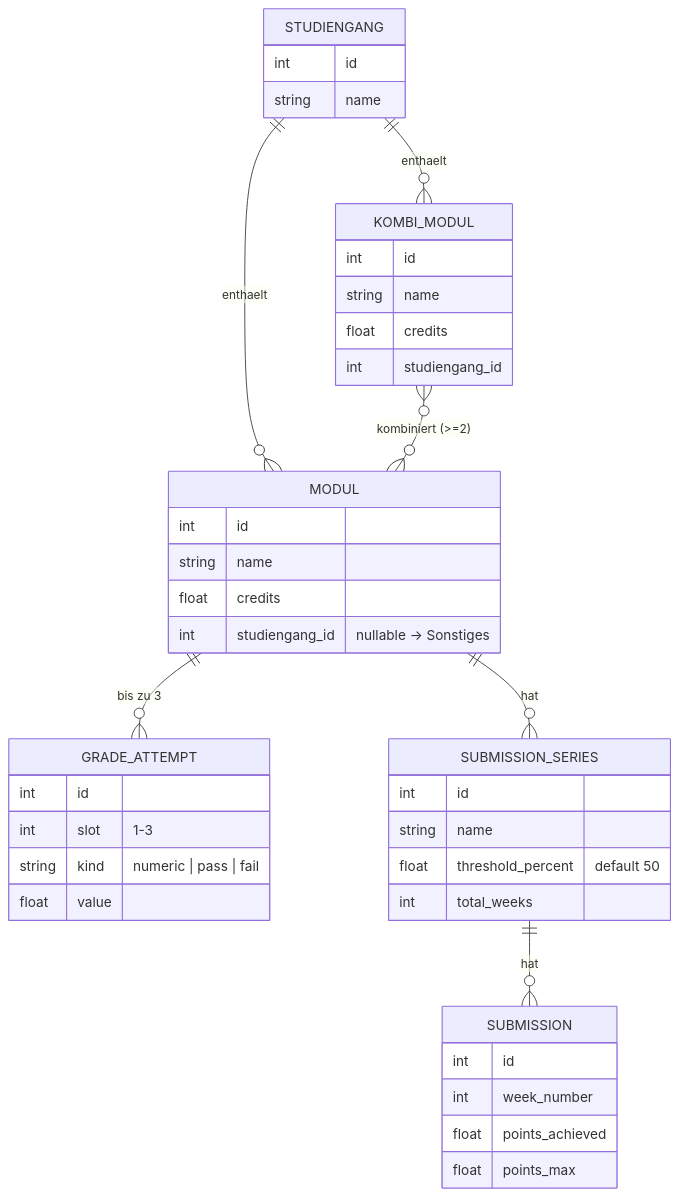
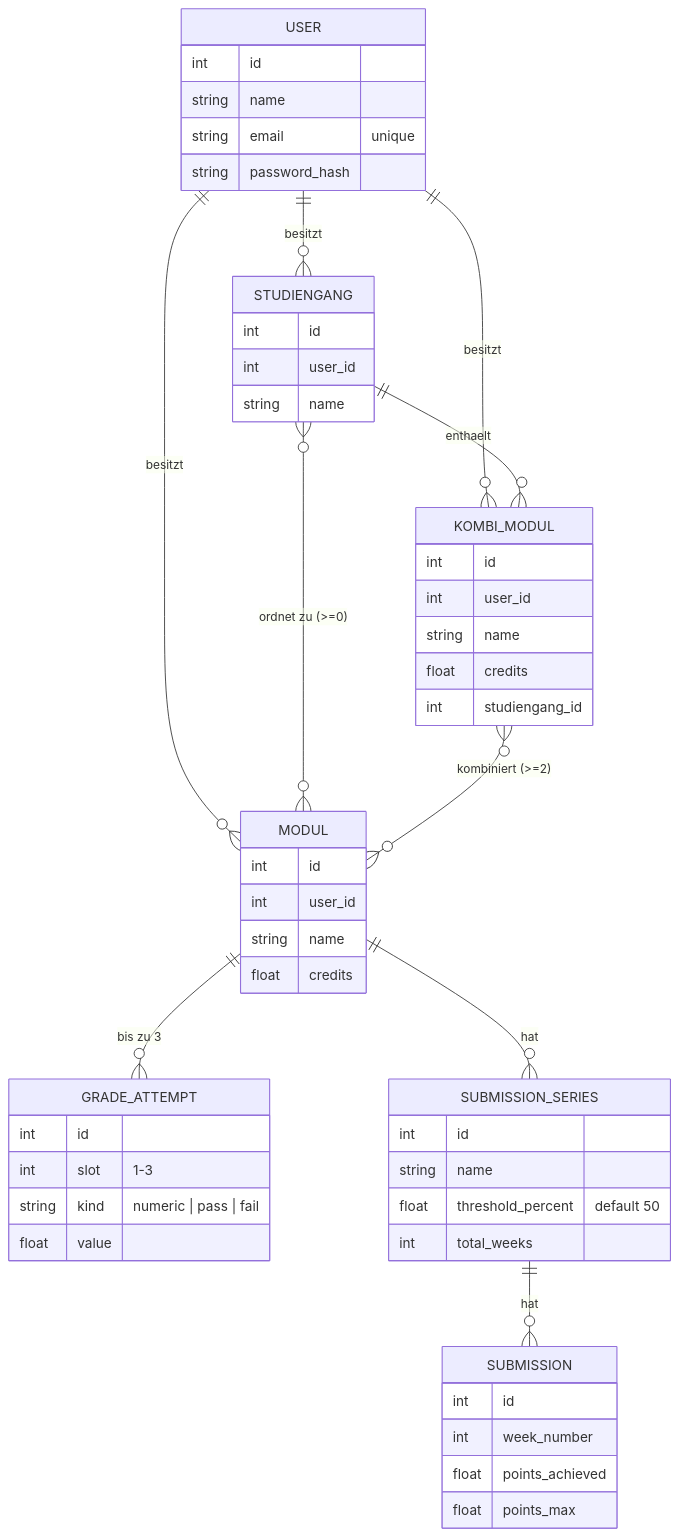
One commit to maximilianstarp/GradeTracker changed the second of 2 diagrams in README.md. Above: the diagram before and after it, drawn with Mermaid. The commit also changed other lines of this file and 3 other files, not shown here.

Commit message:
docs: document auth, modul multi-studiengang and SECRET_KEY setup

````diff
--- a/README.md
+++ b/README.md
@@ -69,44 +75,55 @@
 ```mermaid
 erDiagram
-    STUDIENGANG ||--o{ MODUL : enthaelt
+    USER ||--o{ STUDIENGANG : besitzt
+    USER ||--o{ MODUL : besitzt
+    USER ||--o{ KOMBI_MODUL : besitzt
+    STUDIENGANG }o--o{ MODUL : "ordnet zu (>=0)"
     STUDIENGANG ||--o{ KOMBI_MODUL : enthaelt
     MODUL ||--o{ GRADE_ATTEMPT : "bis zu 3"
     MODUL ||--o{ SUBMISSION_SERIES : hat
     SUBMISSION_SERIES ||--o{ SUBMISSION : hat
     KOMBI_MODUL }o--o{ MODUL : "kombiniert (>=2)"
 
+    USER {
+        int id
+        string name
+        string email "unique"
+        string password_hash
+    }
     STUDIENGANG {
         int id
+        int user_id
         string name
     }
     MODUL {
         int id
+        int user_id
         string name
         float credits
-        int studiengang_id "nullable -> Sonstiges"
     }
     GRADE_ATTEMPT {
         int id
         int slot "1-3"
         string kind "numeric | pass | fail"
         float value
     }
     SUBMISSION_SERIES {
         int id
         string name
         float threshold_percent "default 50"
         int total_weeks
     }
     SUBMISSION {
         int id
         int week_number
         float points_achieved
         float points_max
     }
     KOMBI_MODUL {
         int id
+        int user_id
         string name
         float credits
         int studiengang_id
     }
 ```
````
